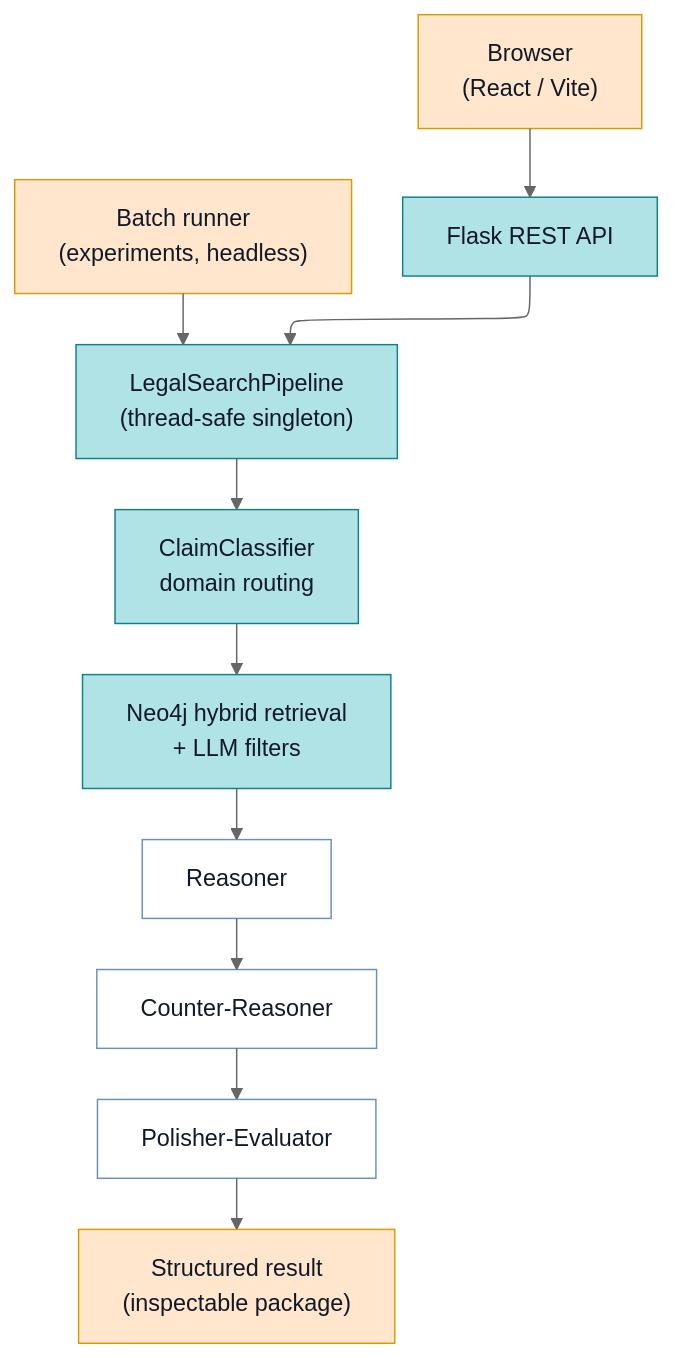
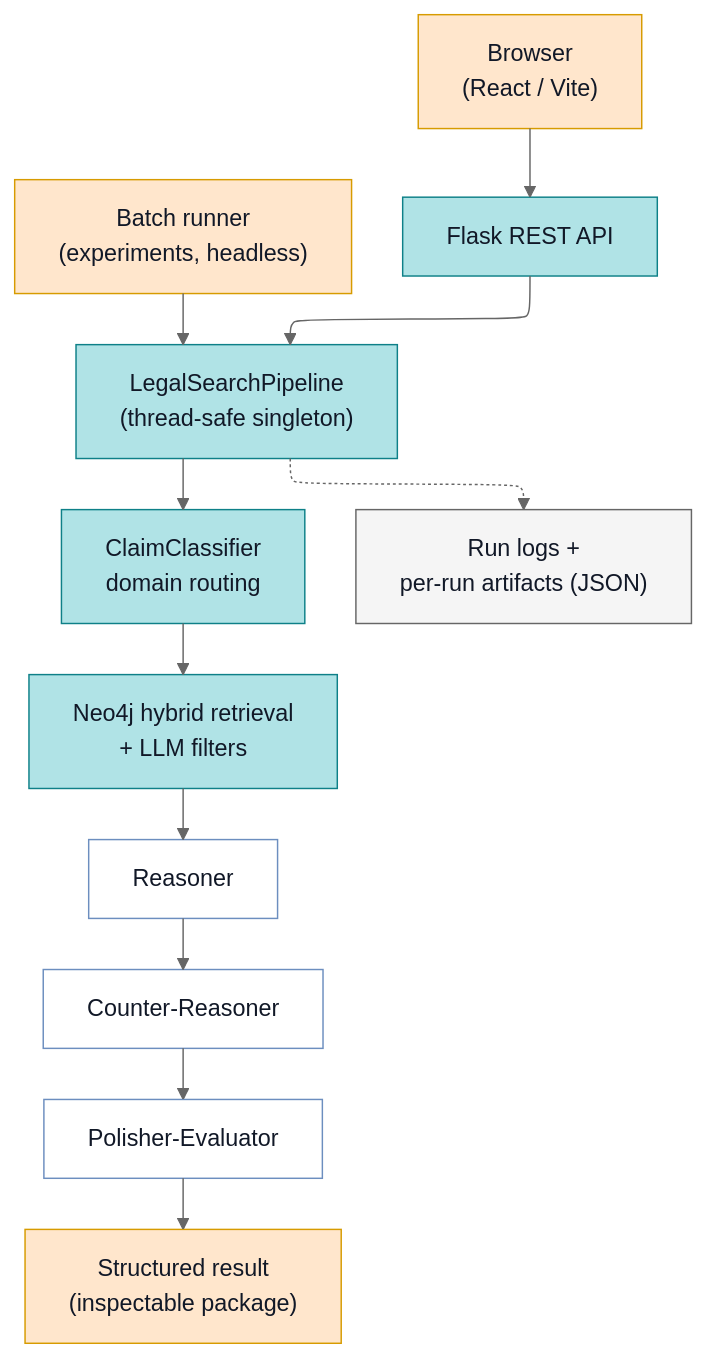
Before and after one commit to Leonard2310/LexCausa: the diagram in assets/ch5_request_flow.mmd, drawn with Mermaid (neutral theme). The commit also changed 19 other files, not shown here.

```diff
--- a/assets/ch5_request_flow.mmd
+++ b/assets/ch5_request_flow.mmd
@@ -1,27 +1,31 @@
 %%{init: {"flowchart": {"defaultRenderer": "elk"}}}%%
 flowchart TB
   BR["Browser\n(React / Vite)"]
   BATCH["Batch runner\n(experiments, headless)"]
   API["Flask REST API"]
   PIPE["LegalSearchPipeline\n(thread-safe singleton)"]
   CLF["ClaimClassifier\ndomain routing"]
   RET["Neo4j hybrid retrieval\n+ LLM filters"]
   REAS["Reasoner"]
   CNT["Counter-Reasoner"]
   POL["Polisher-Evaluator"]
   OUT["Structured result\n(inspectable package)"]
   BR --> API
   API --> PIPE
   BATCH --> PIPE
   PIPE --> CLF
   CLF --> RET
   RET --> REAS
   REAS --> CNT
   CNT --> POL
   POL --> OUT
+  LOG["Run logs +\nper-run artifacts (JSON)"]
+  PIPE -.-> LOG
   classDef io fill:#FFE6CC,stroke:#D79B00,color:#111827;
   classDef core fill:#B0E3E6,stroke:#0E8088,color:#111827;
   classDef ag fill:#FFFFFF,stroke:#6C8EBF,color:#111827;
+  classDef log fill:#F5F5F5,stroke:#666666,color:#111827;
   class BR,BATCH,OUT io;
   class API,PIPE,CLF,RET core;
   class REAS,CNT,POL ag;
+  class LOG log;
```
